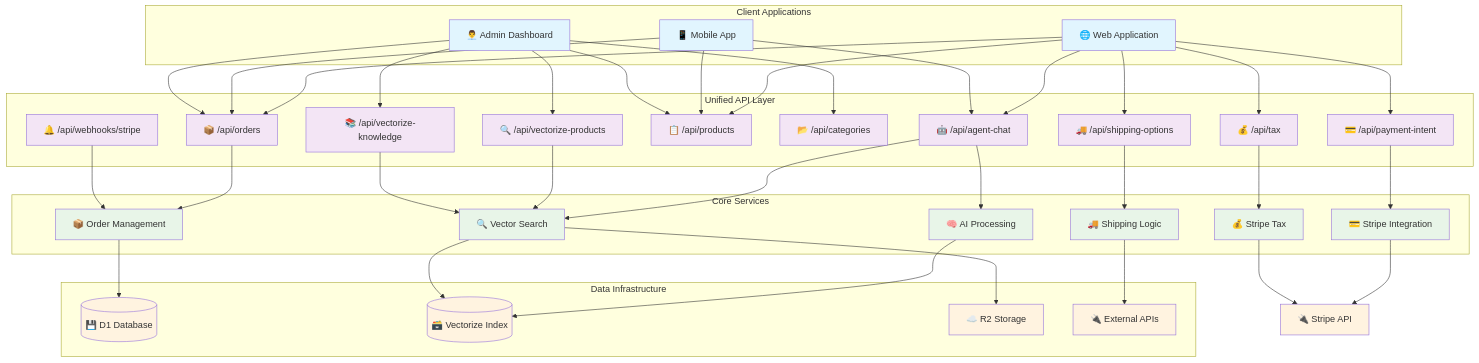
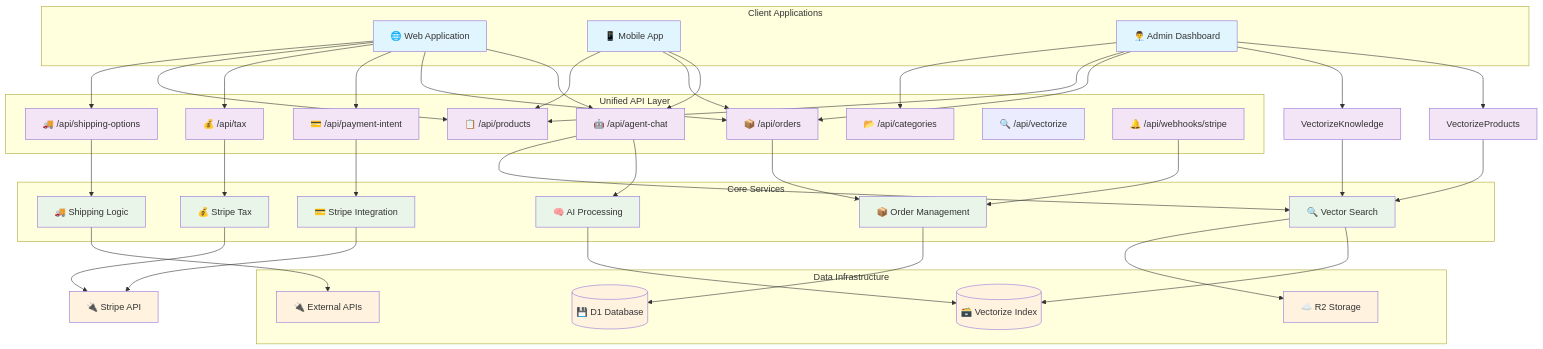
The first of 5 diagrams in docs/api-architecture.md (russellkmoore/mercora), drawn with Mermaid before and after one commit. The commit also changed other lines of this file and 6 other files, not shown here.

First line of the commit message:
feat: Consolidate vectorization endpoints into a single API for products and knowledge articles

```diff
--- a/docs/api-architecture.md
+++ b/docs/api-architecture.md
@@ -22,8 +22,7 @@
         Products[📋 /api/products]
         Categories[📂 /api/categories]
         ShippingOptions[🚚 /api/shipping-options]
-        VectorizeProducts[🔍 /api/vectorize-products]
-        VectorizeKnowledge[📚 /api/vectorize-knowledge]
+        Vectorize[🔍 /api/vectorize]
         StripeWebhooks[🔔 /api/webhooks/stripe]
     end
 
```
